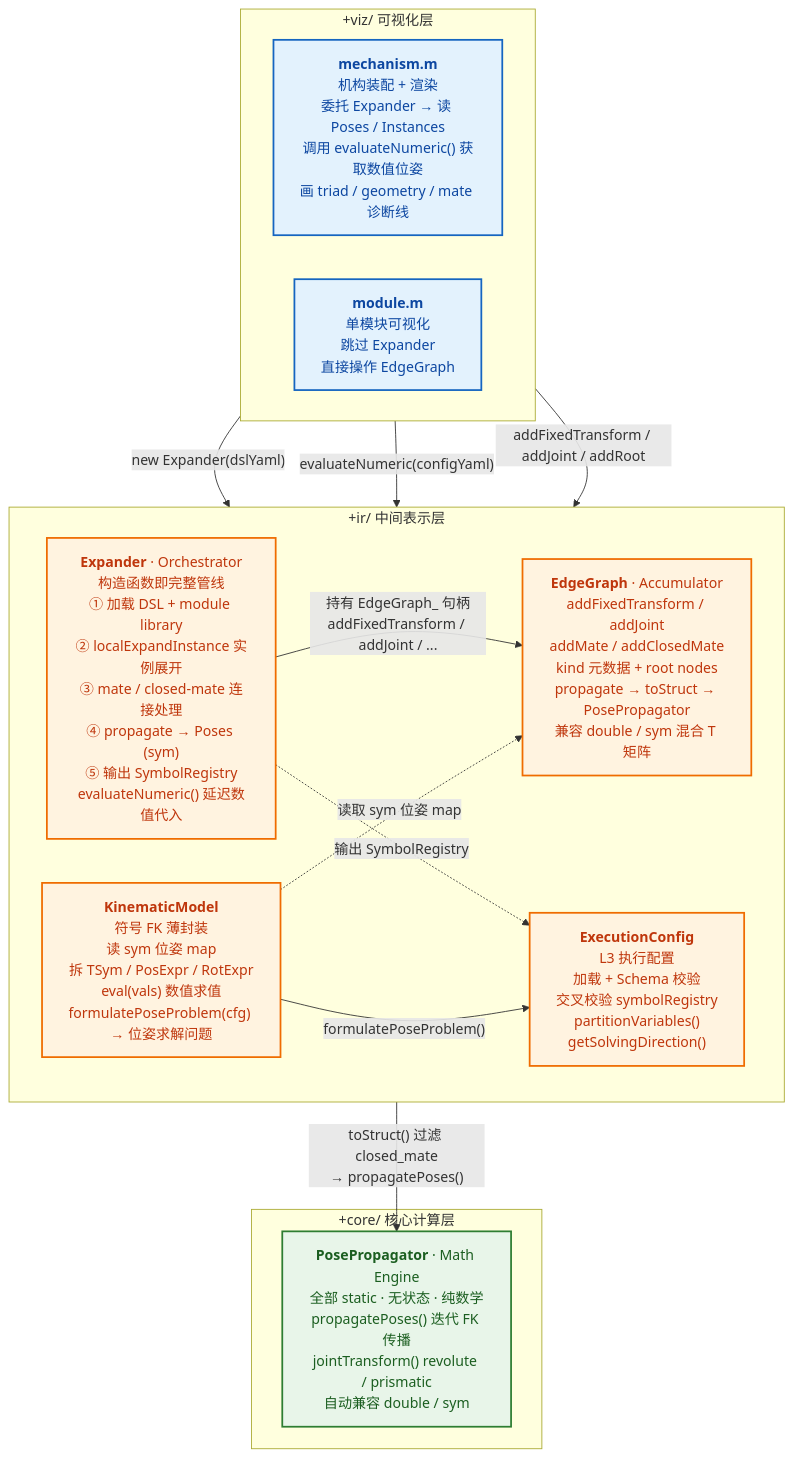
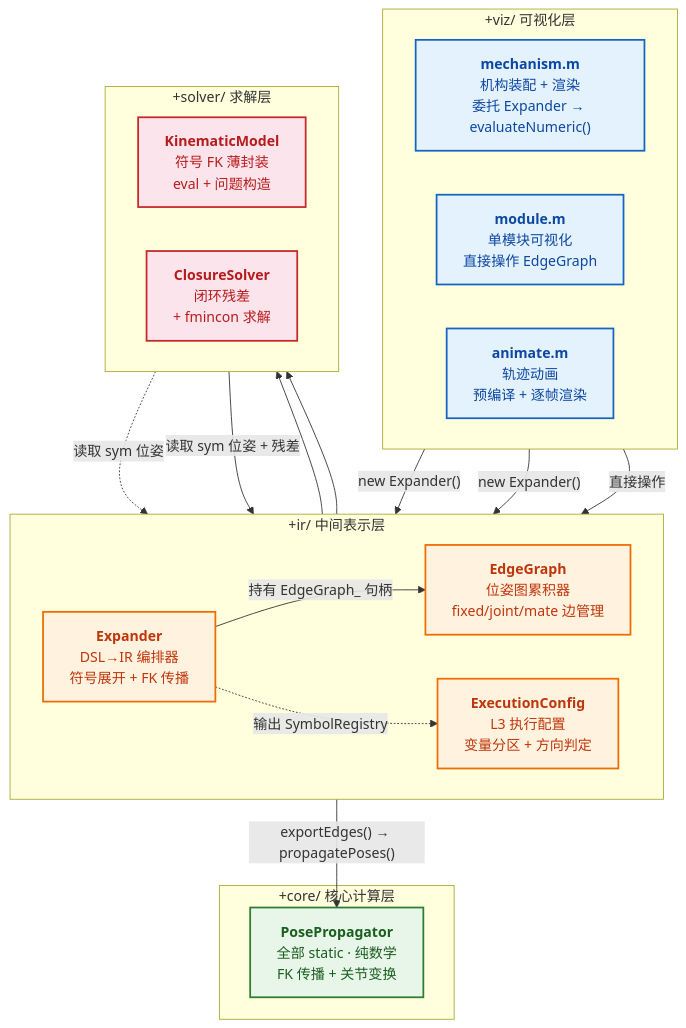
One commit to Axiom117/symbolic-modular-kinematics changed the first of 6 diagrams in scripts/matlab/ARCHITECTURE.md. Above: the diagram before and after it, drawn with Mermaid. The commit also changed other lines of this file and 18 other files, not shown here.

````diff
--- a/scripts/matlab/ARCHITECTURE.md
+++ b/scripts/matlab/ARCHITECTURE.md
@@ -9,42 +8,52 @@
 ```mermaid
 graph TB
     %% ── 样式定义 ──
     classDef viz fill:#e3f2fd,stroke:#1565c0,stroke-width:2px,color:#0d47a1
     classDef ir  fill:#fff3e0,stroke:#ef6c00,stroke-width:2px,color:#bf360c
+    classDef solver fill:#fce4ec,stroke:#c62828,stroke-width:2px,color:#b71c1c
     classDef core fill:#e8f5e9,stroke:#2e7d32,stroke-width:2px,color:#1b5e20
 
     %% ── 可视化层 ──
     subgraph viz_layer["+viz/ 可视化层"]
         direction LR
-        mech["<b>mechanism.m</b><br/>机构装配 + 渲染<br/>委托 Expander → 读 Poses / Instances<br/>调用 evaluateNumeric() 获取数值位姿<br/>画 triad / geometry / mate 诊断线"]
-        mod["<b>module.m</b><br/>单模块可视化<br/>跳过 Expander<br/>直接操作 EdgeGraph"]
+        mech["<b>mechanism.m</b><br/>机构装配 + 渲染<br/>委托 Expander → evaluateNumeric()"]
+        mod["<b>module.m</b><br/>单模块可视化<br/>直接操作 EdgeGraph"]
+        anim["<b>animate.m</b><br/>轨迹动画<br/>预编译 + 逐帧渲染"]
     end
 
     %% ── 中间表示层 ──
     subgraph ir_layer["+ir/ 中间表示层"]
         direction LR
-        expander["<b>Expander</b> · Orchestrator<br/>构造函数即完整管线<br/>① 加载 DSL + module library<br/>② localExpandInstance 实例展开<br/>③ mate / closed-mate 连接处理<br/>④ propagate → Poses (sym)<br/>⑤ 输出 SymbolRegistry<br/>evaluateNumeric() 延迟数值代入"]
-        edgegraph["<b>EdgeGraph</b> · Accumulator<br/>addFixedTransform / addJoint<br/>addMate / addClosedMate<br/>kind 元数据 + root nodes<br/>propagate → toStruct → PosePropagator<br/>兼容 double / sym 混合 T 矩阵"]
-        kinmodel["<b>KinematicModel</b><br/>符号 FK 薄封装<br/>读 sym 位姿 map<br/>拆 TSym / PosExpr / RotExpr<br/>eval(vals) 数值求值<br/>formulatePoseProblem(cfg) → 位姿求解问题"]
-        execcfg["<b>ExecutionConfig</b><br/>L3 执行配置<br/>加载 + Schema 校验<br/>交叉校验 symbolRegistry<br/>partitionVariables()<br/>getSolvingDirection()"]
+        expander["<b>Expander</b><br/>DSL→IR 编排器<br/>符号展开 + FK 传播"]
+        edgegraph["<b>EdgeGraph</b><br/>位姿图累积器<br/>fixed/joint/mate 边管理"]
+        execcfg["<b>ExecutionConfig</b><br/>L3 执行配置<br/>变量分区 + 方向判定"]
+    end
+
+    %% ── 求解层 ──
+    subgraph solver_layer["+solver/ 求解层"]
+        direction LR
+        kinmodel["<b>KinematicModel</b><br/>符号 FK 薄封装<br/>eval + 问题构造"]
+        closuresolver["<b>ClosureSolver</b><br/>闭环残差<br/>+ fmincon 求解"]
     end
 
     %% ── 核心计算层 ──
     subgraph core_layer["+core/ 核心计算层"]
-        poseprop["<b>PosePropagator</b> · Math Engine<br/>全部 static · 无状态 · 纯数学<br/>propagatePoses() 迭代 FK 传播<br/>jointTransform() revolute / prismatic<br/>自动兼容 double / sym"]
+        poseprop["<b>PosePropagator</b><br/>全部 static · 纯数学<br/>FK 传播 + 关节变换"]
     end
 
     %% ── 调用关系 ──
-    mech       -->|"new Expander(dslYaml)"| expander
-    mech       -->|"evaluateNumeric(configYaml)"| expander
-    expander   -->|"持有 EdgeGraph_ 句柄<br/>addFixedTransform / addJoint / ..."| edgegraph
+    mech & anim -->|"new Expander()"| expander
+    expander   -->|"持有 EdgeGraph_ 句柄"| edgegraph
+    edgegraph  -->|"exportEdges() → propagatePoses()"| poseprop
     expander   -.->|"输出 SymbolRegistry"| execcfg
-    edgegraph  -->|"toStruct() 过滤 closed_mate<br/>→ propagatePoses()"| poseprop
-    kinmodel  -.->|"读取 sym 位姿 map"| edgegraph
-    kinmodel  -->|"formulatePoseProblem()"| execcfg
-    mod        -->|"addFixedTransform / addJoint / addRoot"| edgegraph
+    execcfg    --> kinmodel
+    execcfg    --> closuresolver
+    kinmodel   -.->|"读取 sym 位姿"| edgegraph
+    closuresolver -->|"读取 sym 位姿 + 残差"| edgegraph
+    mod        -->|"直接操作"| edgegraph
 
-    class mech,mod viz
-    class expander,edgegraph,kinmodel,execcfg ir
+    class mech,mod,anim viz
+    class expander,edgegraph,execcfg ir
+    class kinmodel,closuresolver solver
     class poseprop core
 ```
````
